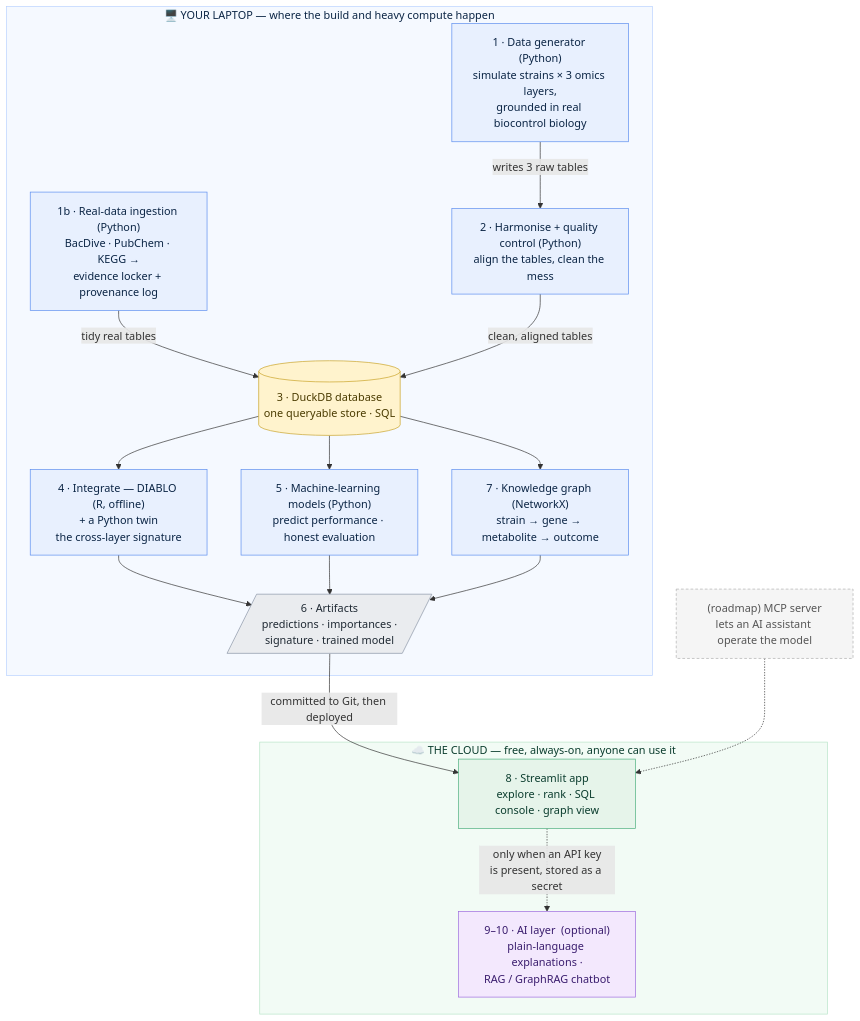
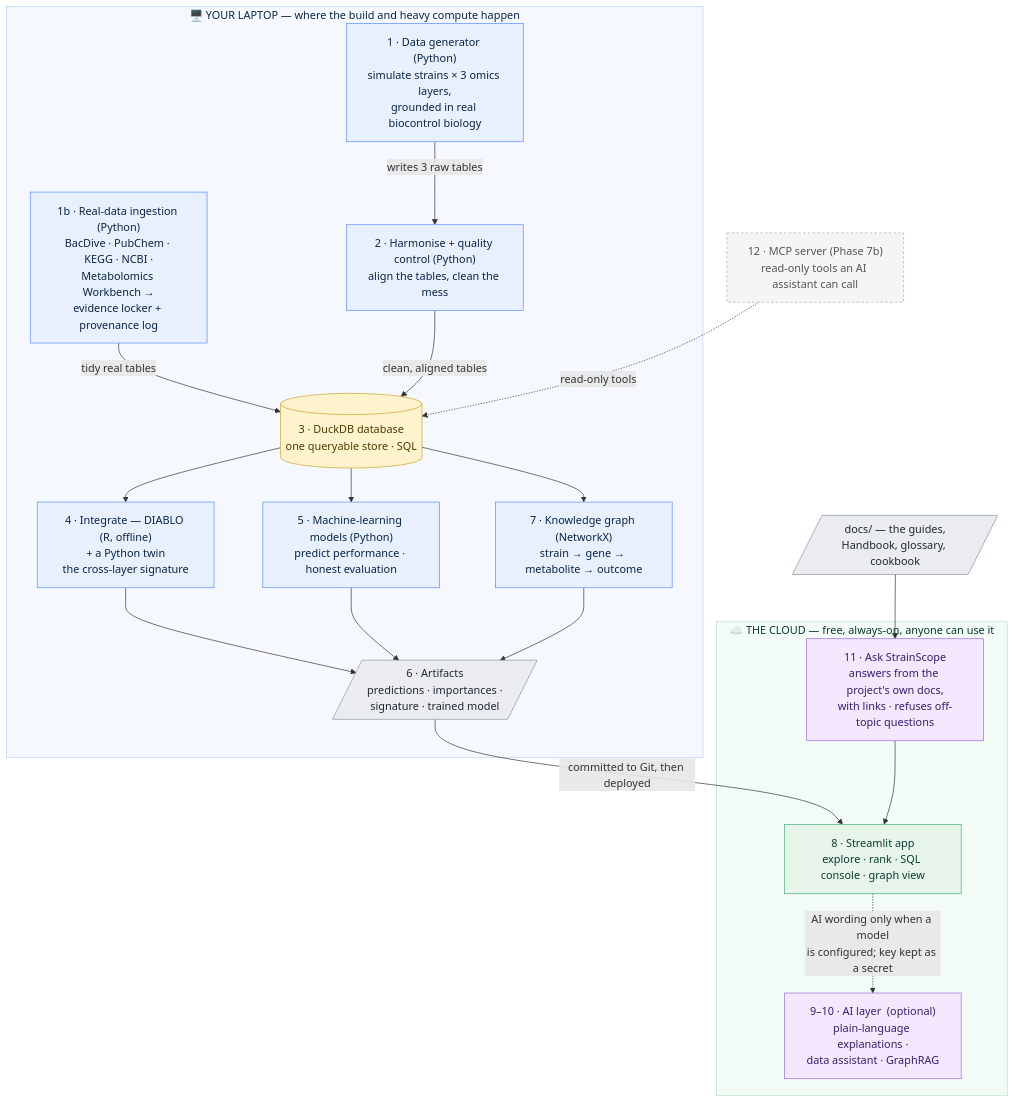
One commit to akannan2987/strainscope changed the diagram in docs/00-architecture.md. Above: the diagram before and after it, drawn with Mermaid. The commit also changed other lines of this file and 52 other files, not shown here.

Commit message:
feat: add multi-omics integration (DIABLO in R + Python twin), handbook and roadmaps

````diff
--- a/docs/00-architecture.md
+++ b/docs/00-architecture.md
@@ -64,46 +64,51 @@
 ```mermaid
 flowchart TD
     subgraph LAPTOP["🖥️  YOUR LAPTOP — where the build and heavy compute happen"]
         A["1 · Data generator (Python)<br/>simulate strains × 3 omics layers,<br/>grounded in real biocontrol biology"]
-        R["1b · Real-data ingestion (Python)<br/>BacDive · PubChem · KEGG →<br/>evidence locker + provenance log"]
+        R["1b · Real-data ingestion (Python)<br/>BacDive · PubChem · KEGG · NCBI ·<br/>Metabolomics Workbench →<br/>evidence locker + provenance log"]
         B["2 · Harmonise + quality control (Python)<br/>align the tables, clean the mess"]
         C[("3 · DuckDB database<br/>one queryable store · SQL")]
         D["4 · Integrate — DIABLO (R, offline)<br/>+ a Python twin<br/>the cross-layer signature"]
         E["5 · Machine-learning models (Python)<br/>predict performance · honest evaluation"]
         F["7 · Knowledge graph (NetworkX)<br/>strain → gene → metabolite → outcome"]
         G[/"6 · Artifacts<br/>predictions · importances ·<br/>signature · trained model"/]
     end
     subgraph CLOUD["☁️  THE CLOUD — free, always-on, anyone can use it"]
         H["8 · Streamlit app<br/>explore · rank · SQL console · graph view"]
-        I["9–10 · AI layer  (optional)<br/>plain-language explanations ·<br/>RAG / GraphRAG chatbot"]
+        I["9–10 · AI layer  (optional)<br/>plain-language explanations ·<br/>data assistant · GraphRAG"]
+        Q["11 · Ask StrainScope<br/>answers from the project's own docs,<br/>with links · refuses off-topic questions"]
     end
-    M["(roadmap) MCP server<br/>lets an AI assistant operate the model"]
+    M["12 · MCP server (Phase 7b)<br/>read-only tools an AI assistant can call"]
+    DOCS[/"docs/ — the guides,<br/>Handbook, glossary, cookbook"/]
 
     A -->|writes 3 raw tables| B
     R -->|tidy real tables| C
     B -->|clean, aligned tables| C
     C --> D
     C --> E
     C --> F
     D --> G
     E --> G
     F --> G
     G -->|committed to Git, then deployed| H
-    H -.->|only when an API key<br/>is present, stored as a secret| I
-    M -.-> H
+    H -.->|AI wording only when a model<br/>is configured; key kept as a secret| I
+    DOCS --> Q
+    Q --> H
+    M -.->|read-only tools| C
 
     classDef laptop fill:#E8F0FE,stroke:#5B8DEF,color:#0B2545;
     classDef store fill:#FFF3CD,stroke:#C9A227,color:#4A3B00;
     classDef artifact fill:#EAECEF,stroke:#8A94A6,color:#1F2933;
     classDef cloud fill:#E6F4EA,stroke:#4CAF7D,color:#0B3D2E;
     classDef ai fill:#F3E8FD,stroke:#9C6ADE,color:#3A1D6E;
     classDef roadmap fill:#F5F5F5,stroke:#B0B0B0,color:#555555,stroke-dasharray:4 3;
     class A,B,D,E,F,R laptop
     class C store
     class G artifact
     class H cloud
-    class I ai
+    class I,Q ai
+    class DOCS artifact
     class M roadmap
     style LAPTOP fill:#F5F9FF,stroke:#B9D2FF,color:#0B2545
     style CLOUD fill:#F2FBF5,stroke:#B7E4C7,color:#0B3D2E
 ```
````
